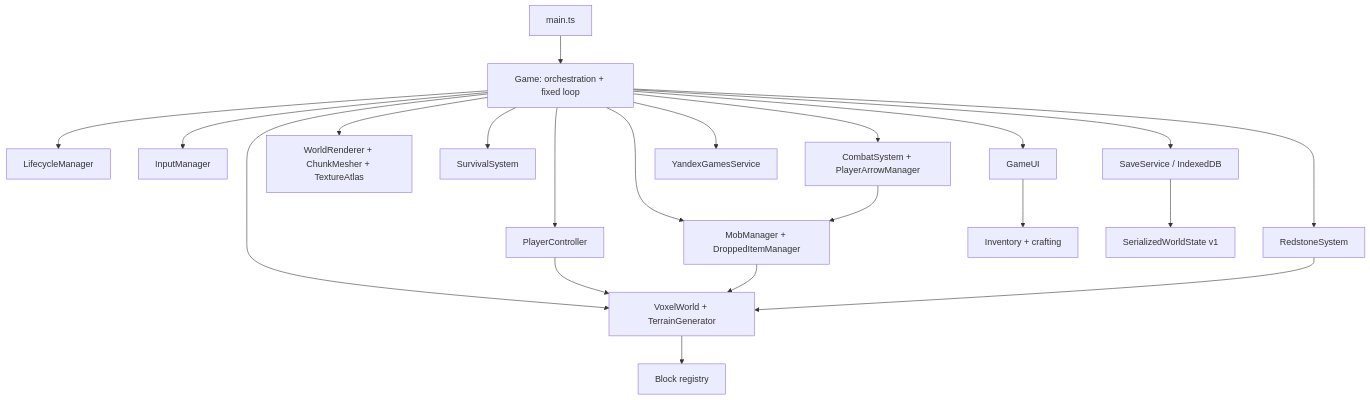
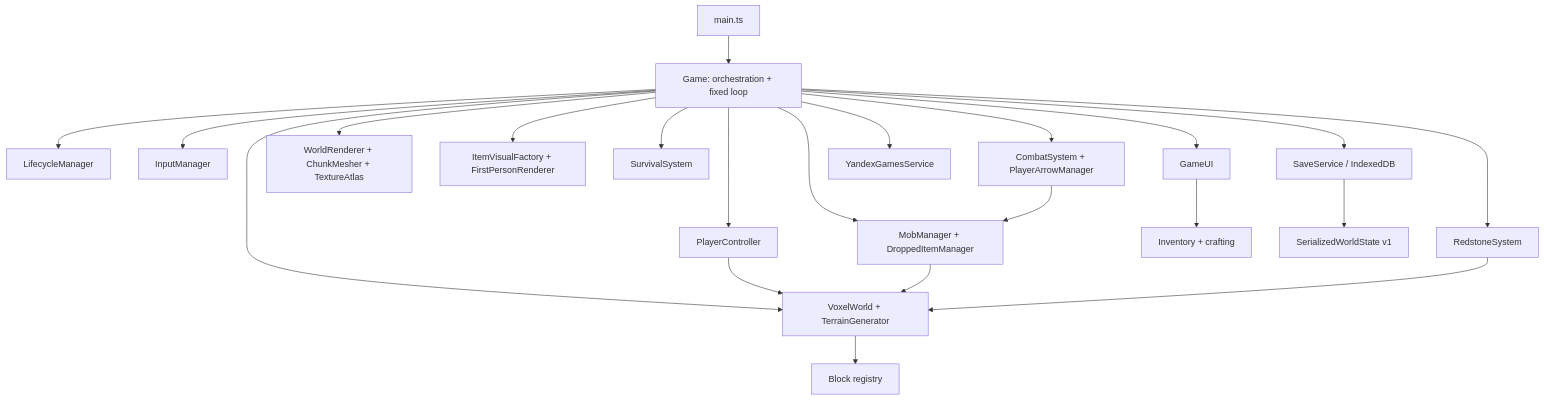
The first of 2 diagrams in docs/ARCHITECTURE.md (hasbatoff2015-web/mine-s-mixosom), drawn with Mermaid before and after one commit. The commit also changed other lines of this file and 56 other files, not shown here.

Commit message:
fix: polish first-person items arrows mobs and vegetation

````diff
--- a/docs/ARCHITECTURE.md
+++ b/docs/ARCHITECTURE.md
@@ -18,23 +18,24 @@
 ```mermaid
 flowchart TD
   Entry["main.ts"] --> Game["Game: orchestration + fixed loop"]
   Game --> Life["LifecycleManager"]
   Game --> Input["InputManager"]
   Game --> UI["GameUI"]
   Game --> World["VoxelWorld + TerrainGenerator"]
   Game --> Render["WorldRenderer + ChunkMesher + TextureAtlas"]
+  Game --> Items3D["ItemVisualFactory + FirstPersonRenderer"]
   Game --> Player["PlayerController"]
   Game --> Survival["SurvivalSystem"]
   Game --> Combat["CombatSystem + PlayerArrowManager"]
   Game --> Entities["MobManager + DroppedItemManager"]
   Game --> Redstone["RedstoneSystem"]
   Game --> Save["SaveService / IndexedDB"]
   Game --> Platform["YandexGamesService"]
   World --> Blocks["Block registry"]
   UI --> Inventory["Inventory + crafting"]
   Player --> World
   Entities --> World
   Redstone --> World
   Combat --> Entities
   Save --> Serialized["SerializedWorldState v1"]
 ```
````
